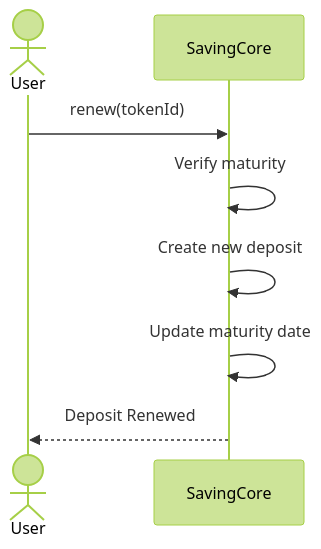
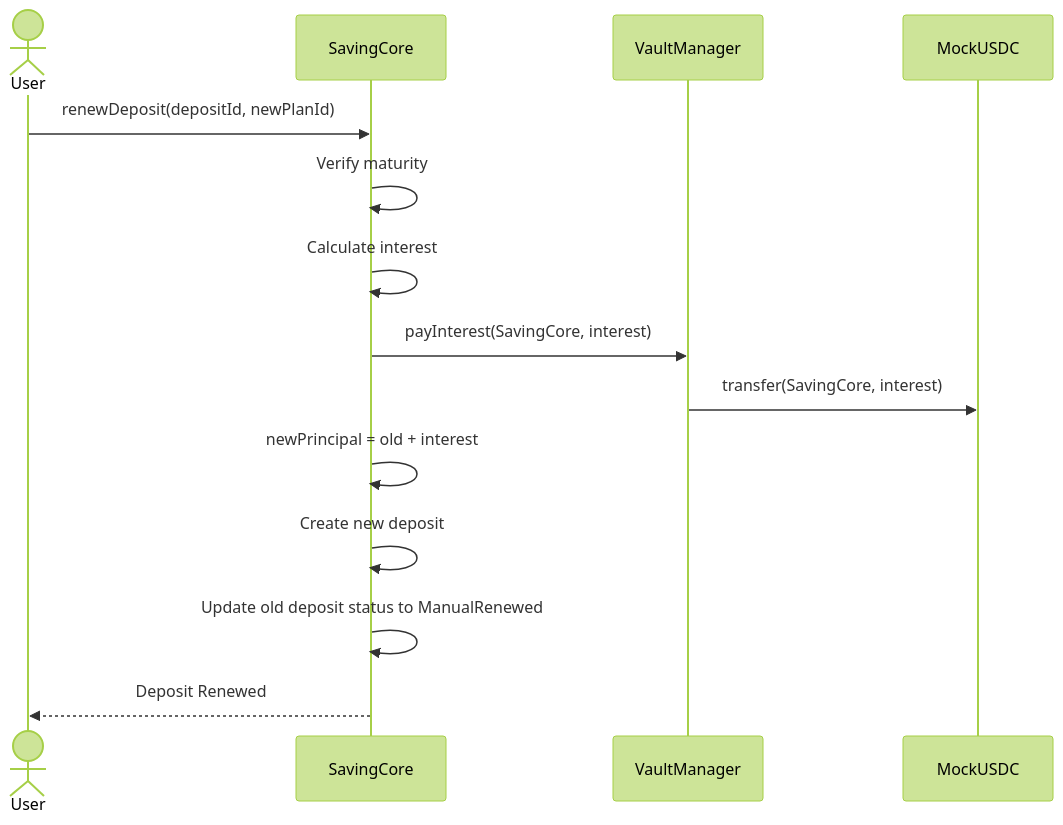
One commit to yang-sin-pal/AC_BlockChain_Online_Saving changed the fourth of 6 diagrams in docs/sequence-diagram.md. Above: the diagram before and after it, drawn with Mermaid (forest theme). The commit also changed other lines of this file, not shown here.

Commit message:
fix: correct sequence diagrams for deposit and withdrawal processes; update method names and clarify fund handling

````diff
--- a/docs/sequence-diagram.md
+++ b/docs/sequence-diagram.md
@@ -77,13 +77,21 @@
 ```mermaid
 sequenceDiagram
     actor User
     participant Core as SavingCore
+    participant Vault as VaultManager
+    participant USDC as MockUSDC
 
-    User->>Core: renew(tokenId)
+    User->>Core: renewDeposit(depositId, newPlanId)
 
     Core->>Core: Verify maturity
+    Core->>Core: Calculate interest
+
+    Core->>Vault: payInterest(SavingCore, interest)
+    Vault->>USDC: transfer(SavingCore, interest)
+
+    Core->>Core: newPrincipal = old + interest
     Core->>Core: Create new deposit
-    Core->>Core: Update maturity date
+    Core->>Core: Update old deposit status to ManualRenewed
 
     Core-->>User: Deposit Renewed
 ```
````
